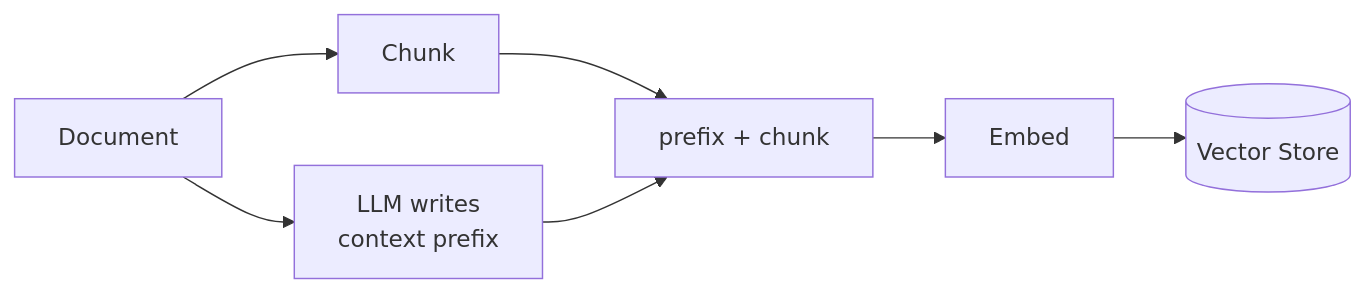
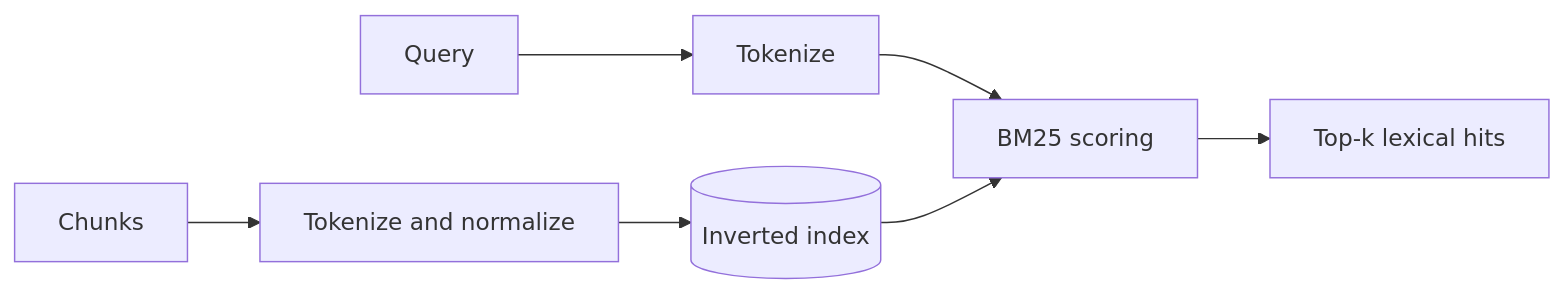
One commit to MakCoder-2004/AI-Engineering-Sheet changed diagram 16 of 45 in 05.RAG/RAG.md. Above: the diagram before and after it, drawn with Mermaid. The commit also changed other lines of this file and 60 other files, not shown here.

````diff
--- a/05.RAG/RAG.md
+++ b/05.RAG/RAG.md
@@ -770,8 +957,9 @@
 ```mermaid
 flowchart LR
-    D[Document] --> CH[Chunk]
-    D --> CTX["LLM writes<br/>context prefix"]
-    CH --> COMB["prefix + chunk"]
-    CTX --> COMB
-    COMB --> E[Embed] --> VDB[(Vector Store)]
+    D[Chunks] --> T[Tokenize and normalize]
+    T --> I[(Inverted index)]
+    Q[Query] --> QT[Tokenize]
+    QT --> B[BM25 scoring]
+    I --> B
+    B --> K[Top-k lexical hits]
 ```
````
